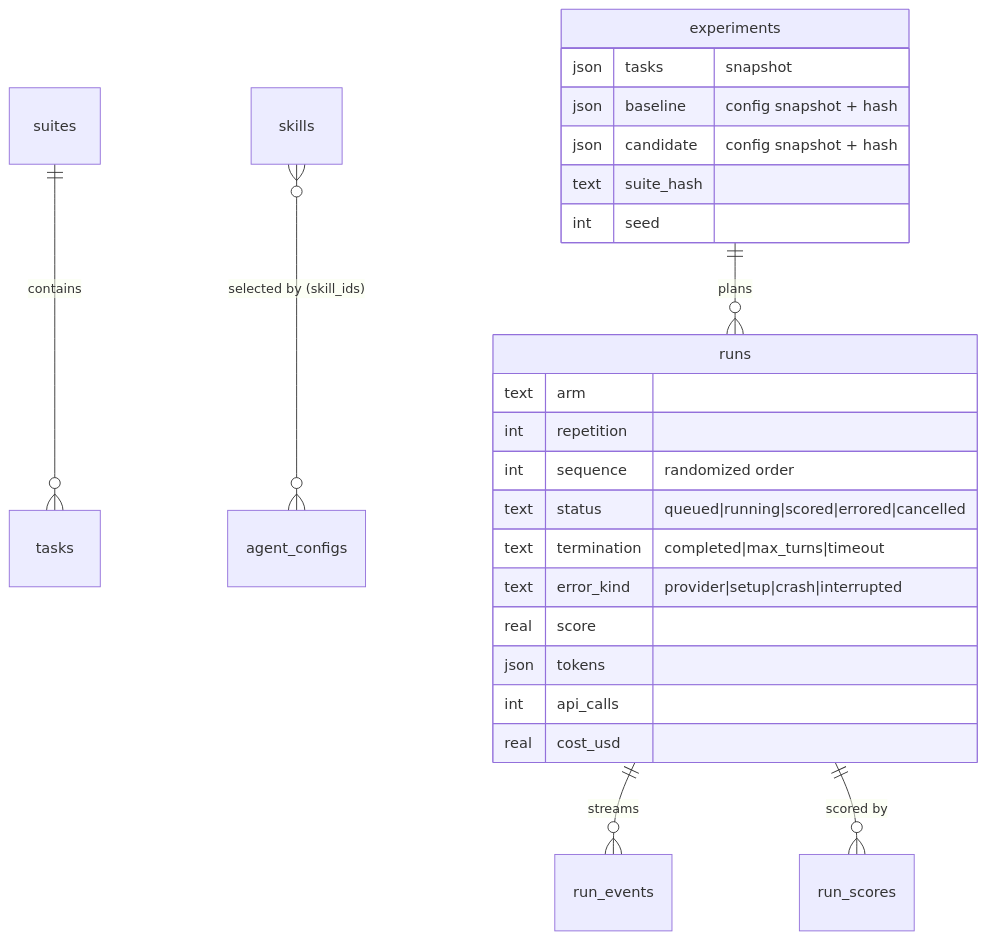
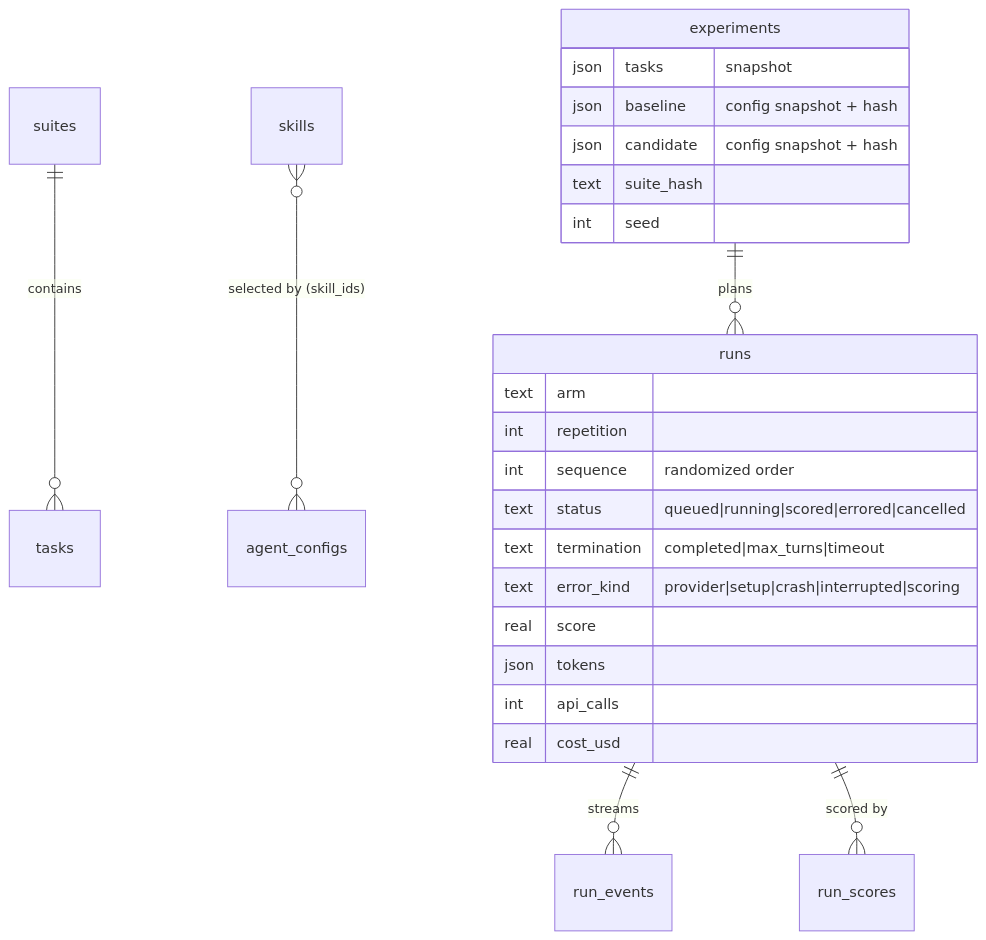
One commit to SahilChoudhary22/higheval changed the second of 2 diagrams in docs/design.md. Above: the diagram before and after it, drawn with Mermaid. The commit also changed other lines of this file and 6 other files, not shown here.

````diff
--- a/docs/design.md
+++ b/docs/design.md
@@ -172,27 +176,27 @@
 ```mermaid
 erDiagram
   suites ||--o{ tasks : contains
   skills }o--o{ agent_configs : "selected by (skill_ids)"
   experiments ||--o{ runs : plans
   runs ||--o{ run_events : streams
   runs ||--o{ run_scores : "scored by"
   experiments {
     json tasks "snapshot"
     json baseline "config snapshot + hash"
     json candidate "config snapshot + hash"
     text suite_hash
     int seed
   }
   runs {
     text arm
     int repetition
     int sequence "randomized order"
     text status "queued|running|scored|errored|cancelled"
     text termination "completed|max_turns|timeout"
-    text error_kind "provider|setup|crash|interrupted"
+    text error_kind "provider|setup|crash|interrupted|scoring"
     real score
     json tokens
     int api_calls
     real cost_usd
   }
 ```
````
